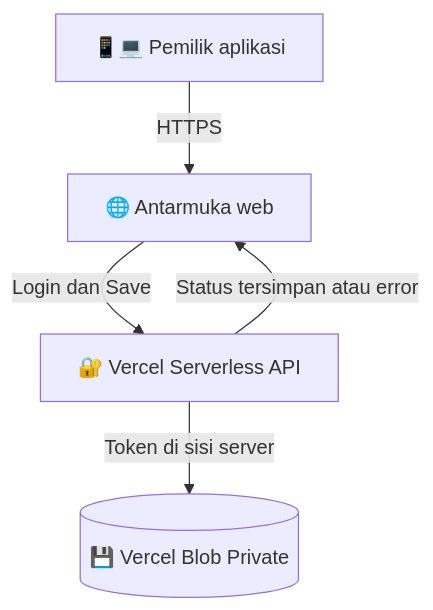
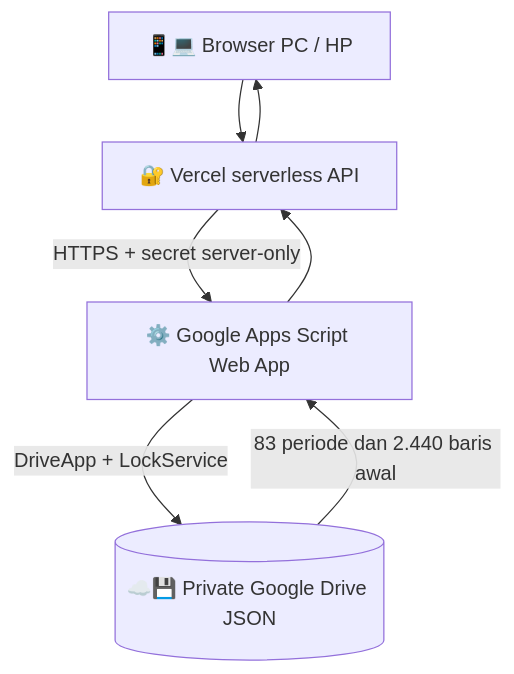
The second of 2 diagrams in README.md (adith92/TagihanBulanan), drawn with Mermaid before and after one commit. The commit also changed other lines of this file and 9 other files, not shown here.

Commit message:
feat: Google Drive backend, full Numbers history in private Drive, vivid README v3.0

````diff
--- a/README.md
+++ b/README.md
@@ -108,7 +78,9 @@
 ```mermaid
-flowchart TD
-  USER[📱💻 Pemilik aplikasi] -->|HTTPS| UI[🌐 Antarmuka web]
-  UI -->|Login dan Save| API[🔐 Vercel Serverless API]
-  API -->|Token di sisi server| DB[(💾 Vercel Blob Private)]
-  API -->|Status tersimpan atau error| UI
+flowchart TB
+  USER[📱💻 Browser PC / HP] --> API[🔐 Vercel serverless API]
+  API -->|HTTPS + secret server-only| GAS[⚙️ Google Apps Script Web App]
+  GAS -->|DriveApp + LockService| DRIVE[(☁️💾 Private Google Drive JSON)]
+  DRIVE -->|83 periode dan 2.440 baris awal| GAS
+  GAS --> API
+  API --> USER
 ```
````
